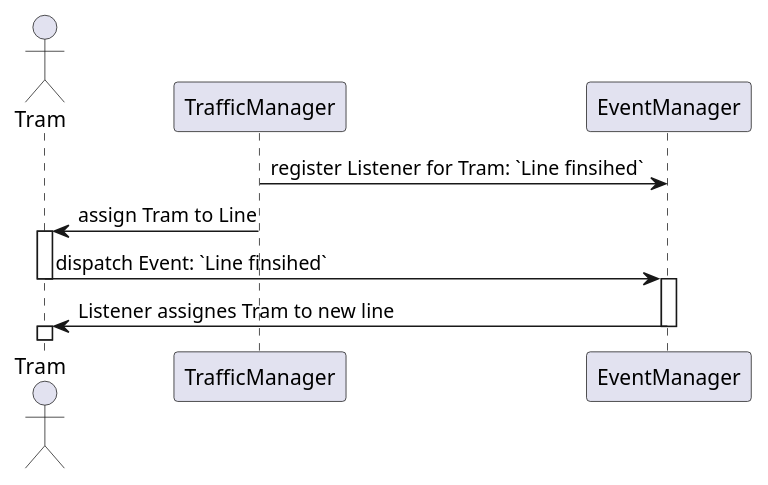
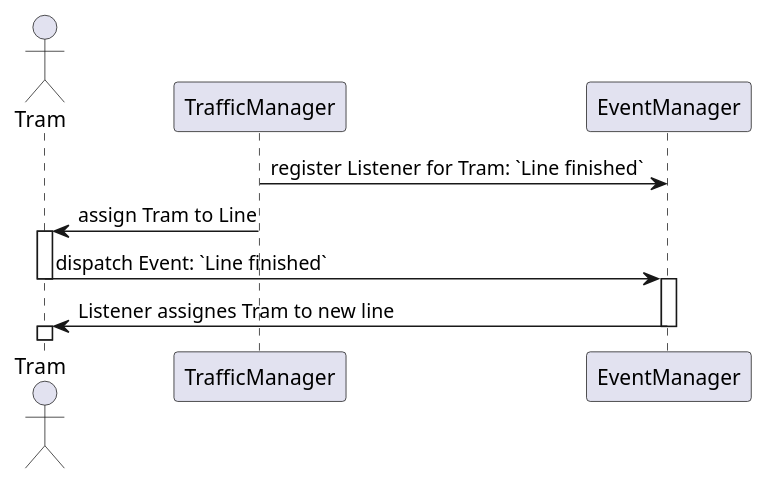
The first of 3 diagrams in readme_assets/plantumlTextDiagrams.md (fh-erfurt/eco-tram), drawn with PlantUML before and after one commit. The commit also changed 1 other file, not shown here.

Commit message:
fixed typo in uml diagram (and text)

````diff
--- a/readme_assets/plantumlTextDiagrams.md
+++ b/readme_assets/plantumlTextDiagrams.md
@@ -7,14 +7,14 @@
 ```plantuml
 @startuml
     actor Tram
-    TrafficManager -> EventManager : register Listener for Tram: `Line finsihed`
+    TrafficManager -> EventManager : register Listener for Tram: `Line finished`
     TrafficManager -> Tram : assign Tram to Line
     activate Tram
-    Tram -> EventManager : dispatch Event: `Line finsihed`
+    Tram -> EventManager : dispatch Event: `Line finished`
     deactivate Tram
     activate EventManager
     EventManager -> Tram : Listener assignes Tram to new line
     deactivate EventManager
     activate Tram
 @enduml
 ```
````
